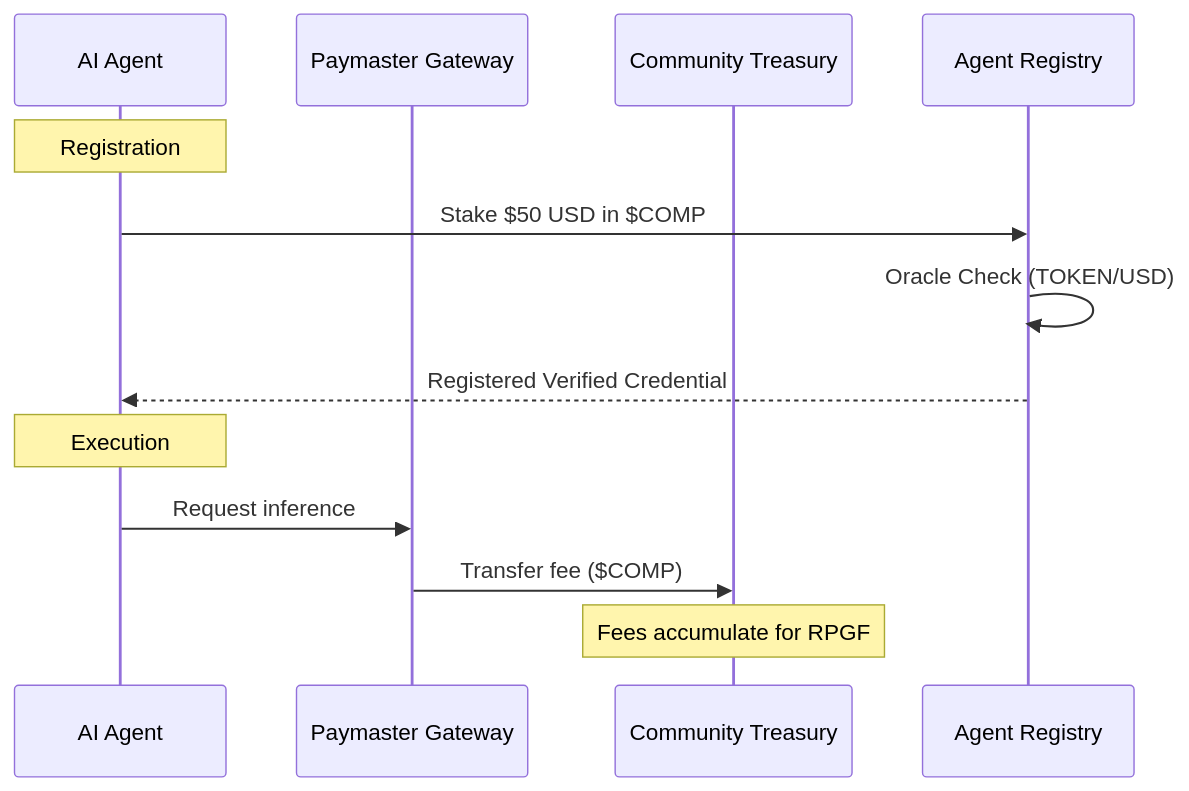
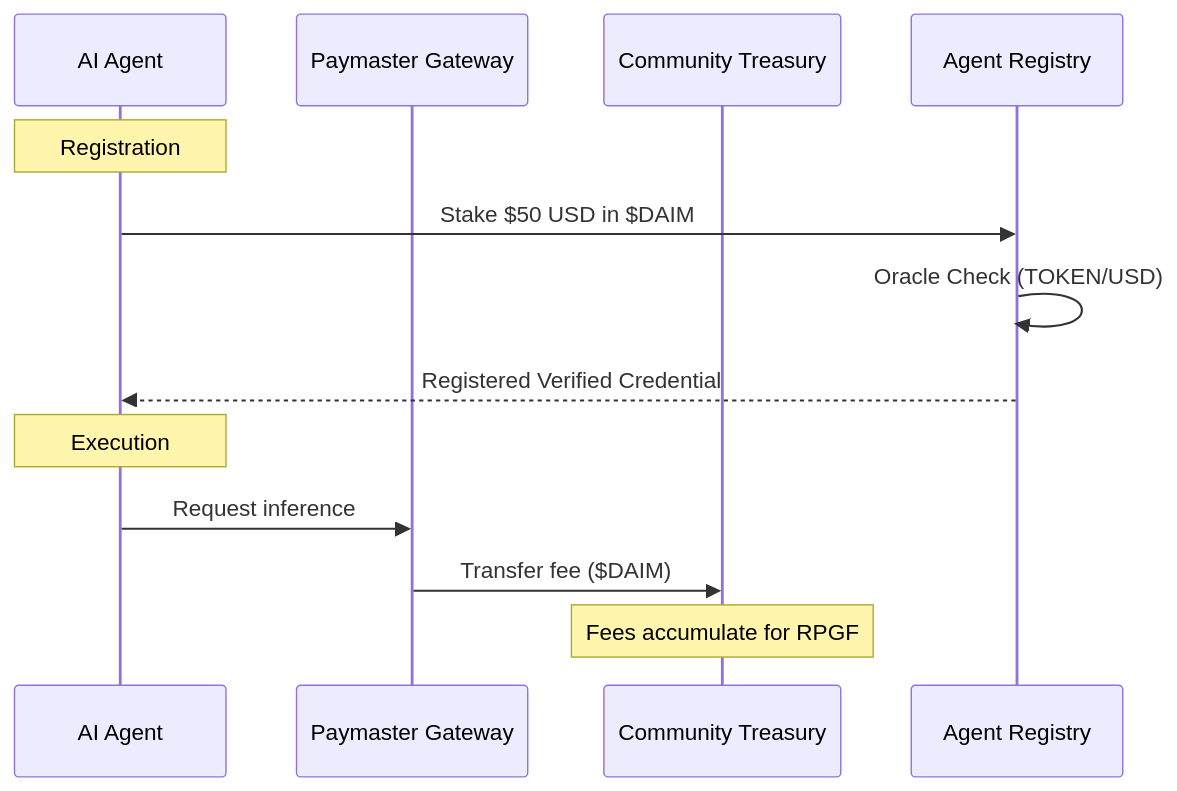
The second of 4 diagrams in plan/TOKEN_ROADMAP.md (swimmingkiim/a2a-project), drawn with Mermaid before and after one commit. The commit also changed other lines of this file and 7 other files, not shown here.

Commit message:
feat: rename utility token from COMP to DAIM across contracts, documentation, and scripts

````diff
--- a/plan/TOKEN_ROADMAP.md
+++ b/plan/TOKEN_ROADMAP.md
@@ -118,17 +118,17 @@
 ```mermaid
 sequenceDiagram
     participant Agent as AI Agent
     participant Gateway as Paymaster Gateway  
     participant Treasury as Community Treasury
     participant Registry as Agent Registry
     
     Note over Agent: Registration
-    Agent->>Registry: Stake $50 USD in $COMP
+    Agent->>Registry: Stake $50 USD in $DAIM
     Registry->>Registry: Oracle Check (TOKEN/USD)
     Registry-->>Agent: Registered Verified Credential
     
     Note over Agent: Execution
     Agent->>Gateway: Request inference
-    Gateway->>Treasury: Transfer fee ($COMP)
+    Gateway->>Treasury: Transfer fee ($DAIM)
     Note over Treasury: Fees accumulate for RPGF
 ```
````
